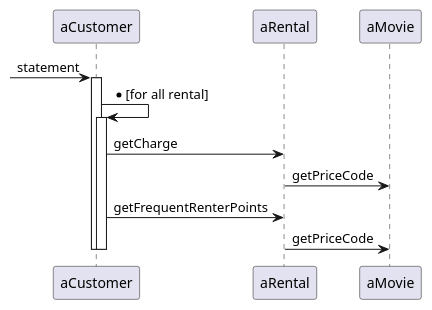
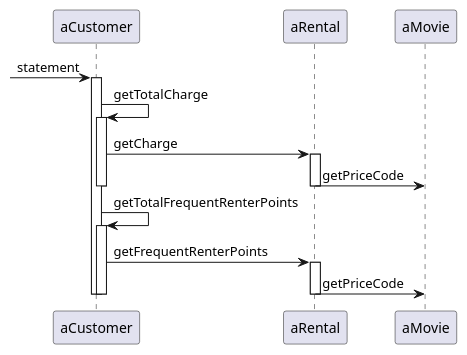
One commit to hiroshima-arc/re_zero_tdd changed the third of 3 diagrams in docs/src/spec/video_rental.adoc. Above: the diagram before and after it, drawn with PlantUML. The commit also changed other lines of this file and 3 other files, not shown here.

```diff
--- a/docs/src/spec/video_rental.adoc
+++ b/docs/src/spec/video_rental.adoc
@@ -56,13 +59,21 @@
 [plantuml]
 ----
 -> aCustomer: statement
    activate aCustomer
-       aCustomer -> aCustomer :*[for all rental]
+       aCustomer -> aCustomer :getTotalCharge
        activate aCustomer
-           aCustomer -> aRental :getCharge
-           aRental -> aMovie :getPriceCode
-           aCustomer -> aRental :getFrequentRenterPoints
-           aRental -> aMovie :getPriceCode
+        aCustomer -> aRental :getCharge
+        activate aRental
+         aRental -> aMovie :getPriceCode
+        deactivate aRental
+       deactivate aCustomer
+
+       aCustomer -> aCustomer :getTotalFrequentRenterPoints
+       activate aCustomer
+        aCustomer -> aRental :getFrequentRenterPoints
+        activate aRental
+         aRental -> aMovie :getPriceCode
+        deactivate aRental
        deactivate aCustomer
    deactivate aCustomer
 ----
```
